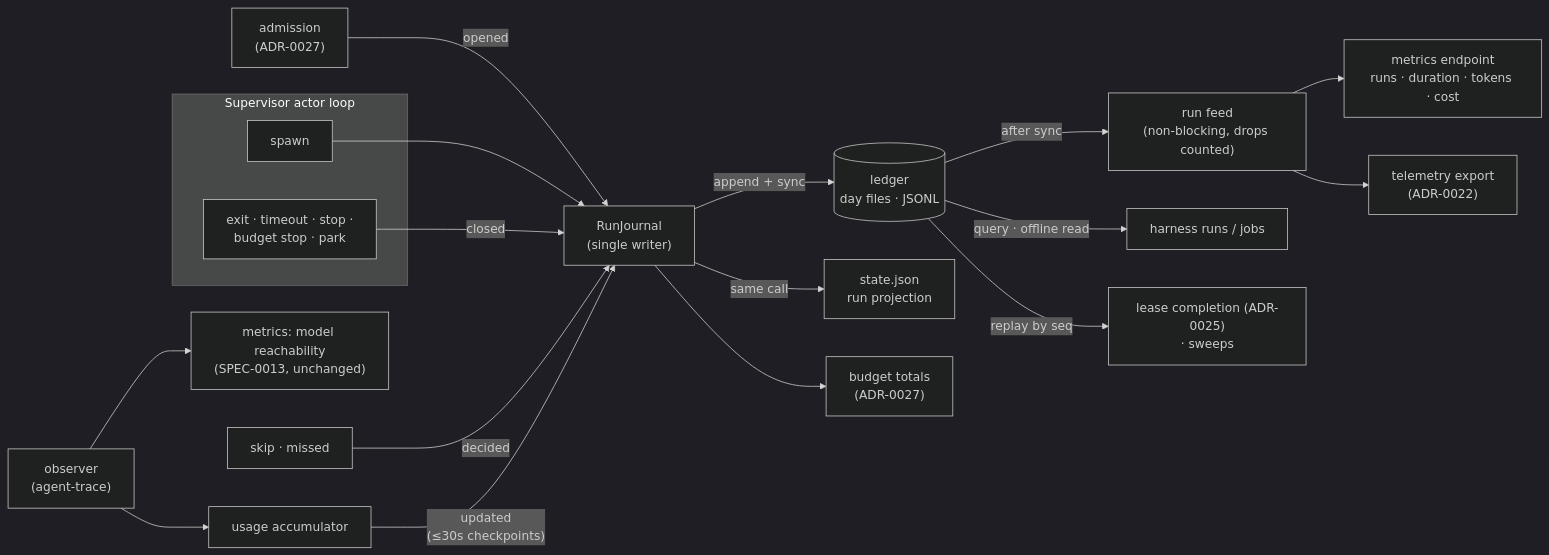
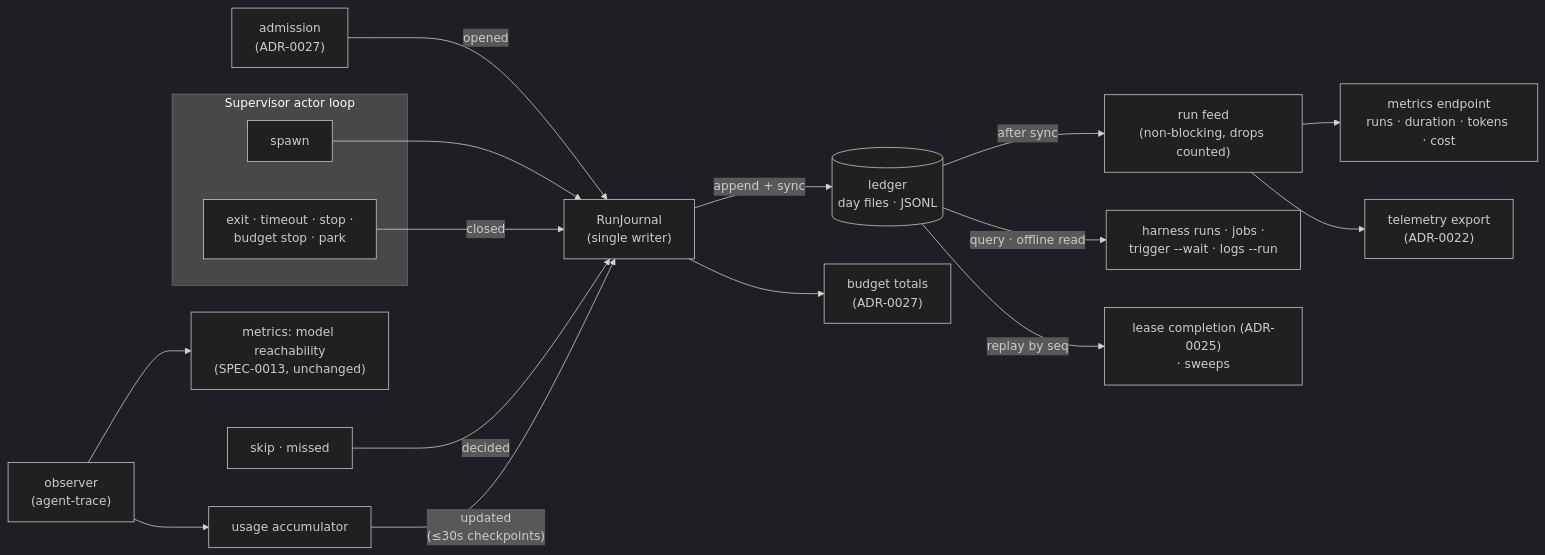
One commit to stump-wtf/harness changed the diagram in docs/adrs/adr-0028-run-history-ledger.md. Above: the diagram before and after it, drawn with Mermaid (dark theme). The commit also changed other lines of this file and 2 other files, not shown here.

First line of the commit message:
docs(adr,spec): drop the state.json run projection outright

````diff
--- a/docs/adrs/adr-0028-run-history-ledger.md
+++ b/docs/adrs/adr-0028-run-history-ledger.md
@@ -432,25 +433,24 @@
 ```mermaid
 flowchart LR
     subgraph actor["Supervisor actor loop"]
         SP["spawn"]
         EX["exit · timeout · stop ·<br/>budget stop · park"]
     end
     ADM["admission<br/>(ADR-0027)"] -->|opened| J
     SP --> J
     EX -->|closed| J
     SKIP["skip · missed"] -->|decided| J
 
     OBS["observer<br/>(agent-trace)"] --> ACC["usage accumulator"]
     ACC -->|"updated<br/>(≤30s checkpoints)"| J
 
     J["RunJournal<br/>(single writer)"] -->|"append + sync"| L[("ledger<br/>day files · JSONL")]
-    J -->|"same call"| SJ["state.json<br/>run projection"]
     L -->|"after sync"| FEED["run feed<br/>(non-blocking, drops counted)"]
 
     FEED --> MET["metrics endpoint<br/>runs · duration · tokens · cost"]
     FEED --> TEL["telemetry export<br/>(ADR-0022)"]
     J --> BUD["budget totals<br/>(ADR-0027)"]
-    L -->|"query · offline read"| CLI["harness runs / jobs"]
+    L -->|"query · offline read"| CLI["harness runs · jobs ·<br/>trigger --wait · logs --run"]
     L -->|"replay by seq"| LOSSLESS["lease completion (ADR-0025)<br/>· sweeps"]
     OBS --> REACH["metrics: model reachability<br/>(SPEC-0013, unchanged)"]
 ```
````
